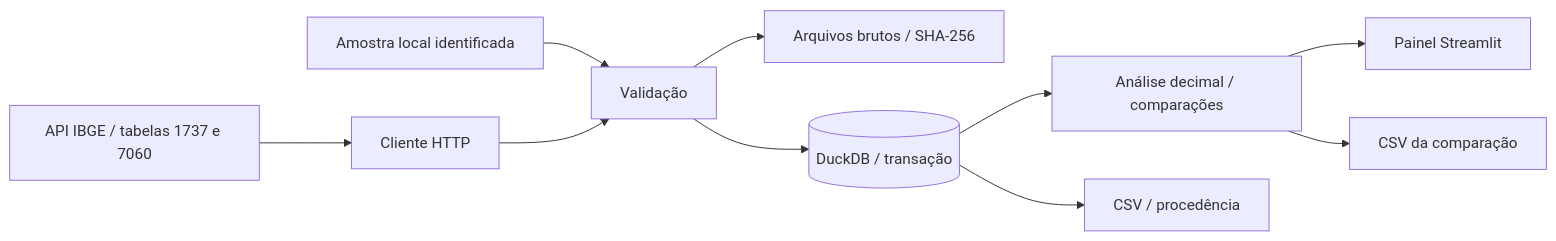
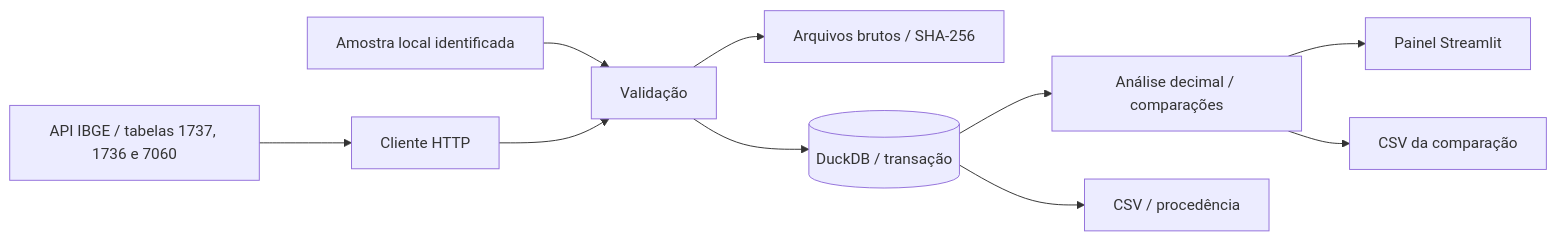
Before and after one commit to LuizCodeBR/RadarInflacao: the diagram in README.md, drawn with Mermaid. The commit also changed other lines of this file and 36 other files, not shown here.

```diff
--- a/README.md
+++ b/README.md
@@ -217,12 +239,12 @@
 ~~~mermaid
 flowchart LR
-    IBGE[API IBGE / tabelas 1737 e 7060] --> COLETA[Cliente HTTP]
+    IBGE[API IBGE / tabelas 1737, 1736 e 7060] --> COLETA[Cliente HTTP]
     AMOSTRA[Amostra local identificada] --> VALIDACAO[Validação]
     COLETA --> VALIDACAO
     VALIDACAO --> RAW[Arquivos brutos / SHA-256]
     VALIDACAO --> DB[(DuckDB / transação)]
     DB --> ANALISE[Análise decimal / comparações]
     ANALISE --> PAINEL[Painel Streamlit]
     ANALISE --> COMPARACAO[CSV da comparação]
     DB --> CSV[CSV / procedência]
 ~~~
```
